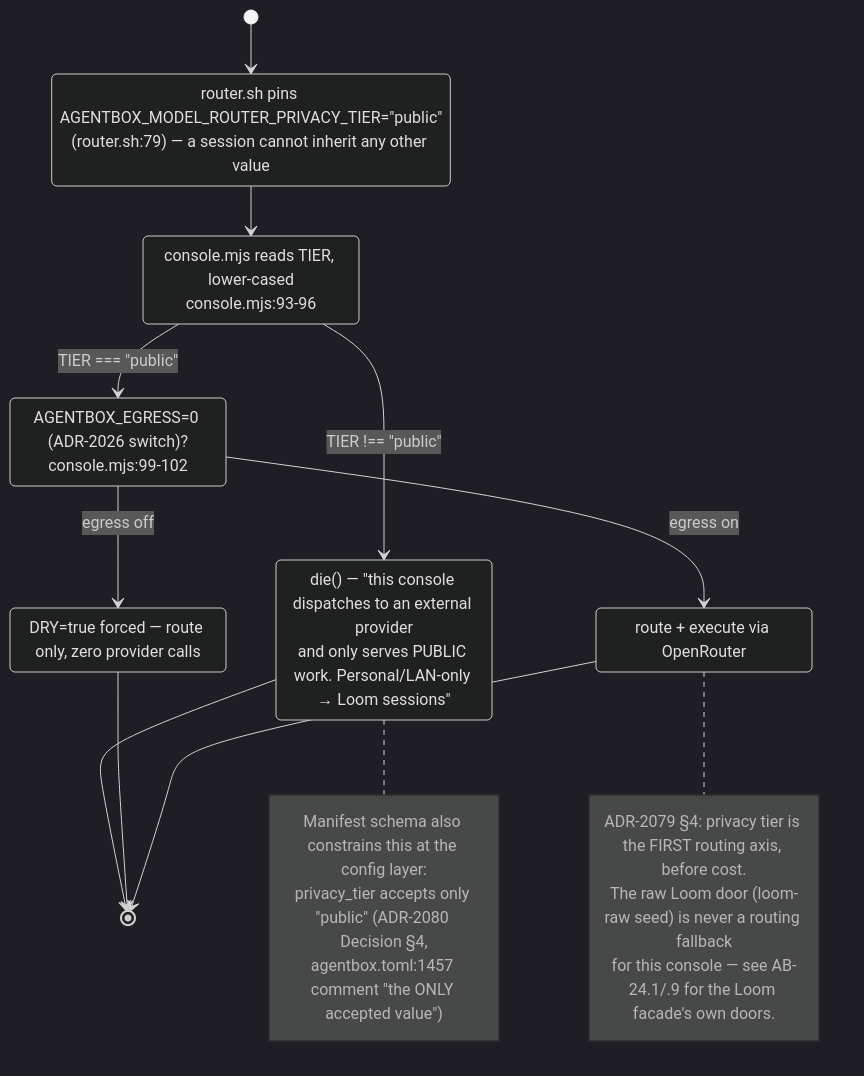
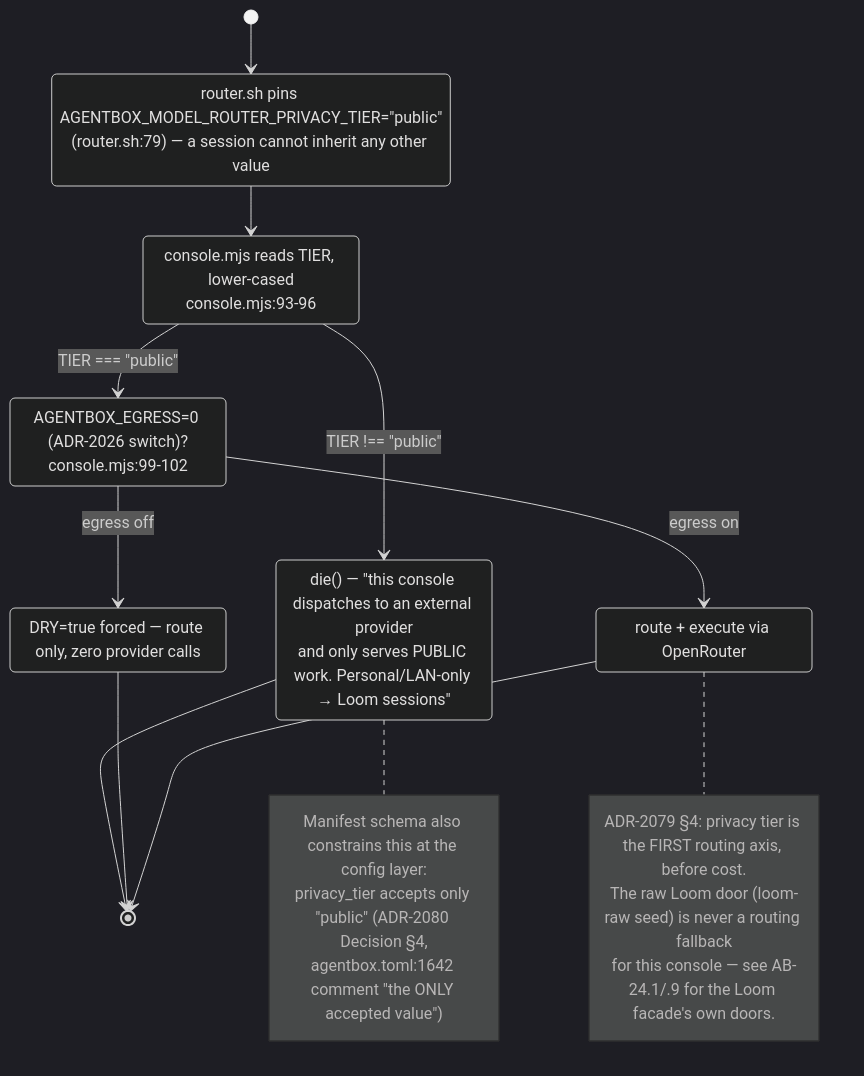
Before and after one commit to DreamLab-AI/VisionFlow: the sixth of 9 diagrams in docs/diagrams/agentbox/29-metaharness-router-console.md, drawn with Mermaid (dark theme). The commit also changed other lines of this file and 80 other files, not shown here.

First line of the commit message:
docs(diagrams): re-verify the agentbox, dreamlab, estate and visionflow corpus against current sources

````diff
--- a/docs/diagrams/agentbox/29-metaharness-router-console.md
+++ b/docs/diagrams/agentbox/29-metaharness-router-console.md
@@ -205,28 +205,28 @@
 ```mermaid
 stateDiagram-v2
     [*] --> WrapperCheck
     WrapperCheck: router.sh pins AGENTBOX_MODEL_ROUTER_PRIVACY_TIER="public"<br/>(router.sh:79) — a session cannot inherit any other value
     WrapperCheck --> ConsoleCheck
     ConsoleCheck: console.mjs reads TIER, lower-cased<br/>console.mjs:93-96
     ConsoleCheck --> Refused: TIER !== "public"
     ConsoleCheck --> EgressCheck: TIER === "public"
     Refused: die() — "this console dispatches to an external provider<br/>and only serves PUBLIC work. Personal/LAN-only → Loom sessions"
     Refused --> [*]
     EgressCheck: AGENTBOX_EGRESS=0 (ADR-2026 switch)?<br/>console.mjs:99-102
     EgressCheck --> DryRunForced: egress off
     EgressCheck --> NormalRun: egress on
     DryRunForced: DRY=true forced — route only, zero provider calls
     NormalRun: route + execute via OpenRouter
     DryRunForced --> [*]
     NormalRun --> [*]
     note right of Refused
         Manifest schema also constrains this at the config layer:
         privacy_tier accepts only "public" (ADR-2080 Decision §4,
-        agentbox.toml:1457 comment "the ONLY accepted value")
+        agentbox.toml:1642 comment "the ONLY accepted value")
     end note
     note right of NormalRun
         ADR-2079 §4: privacy tier is the FIRST routing axis, before cost.
         The raw Loom door (loom-raw seed) is never a routing fallback
         for this console — see AB-24.1/.9 for the Loom facade's own doors.
     end note
 ```
````
